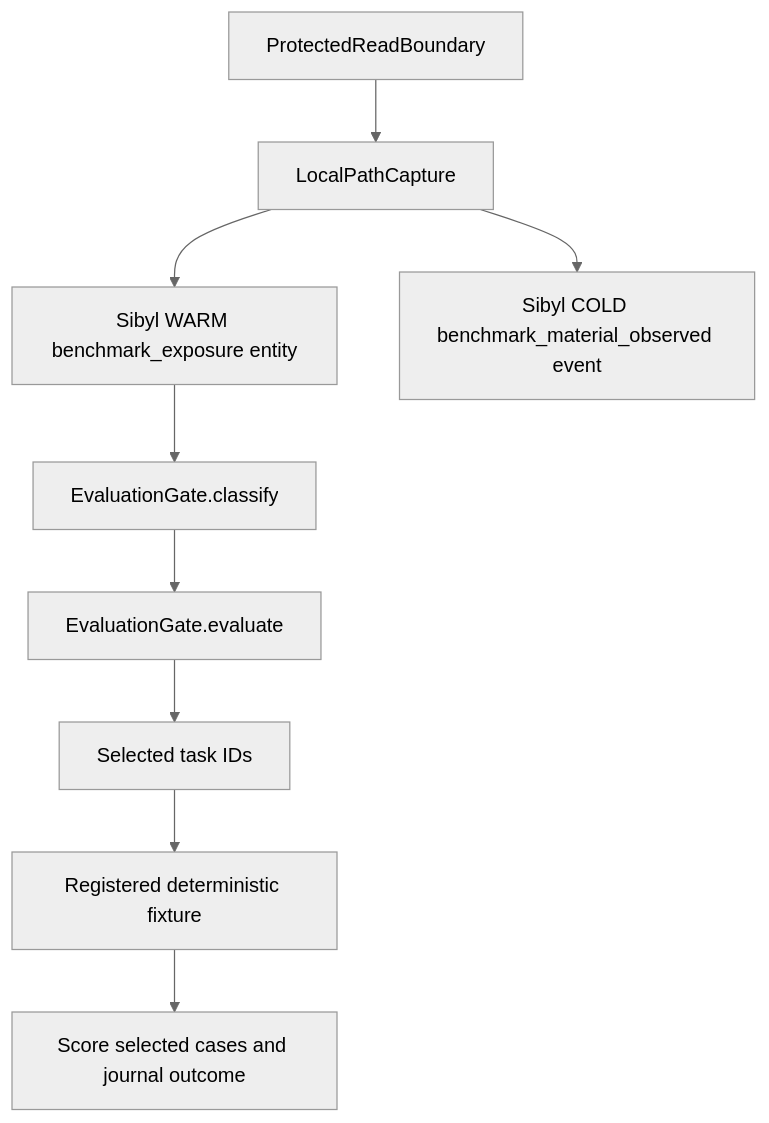
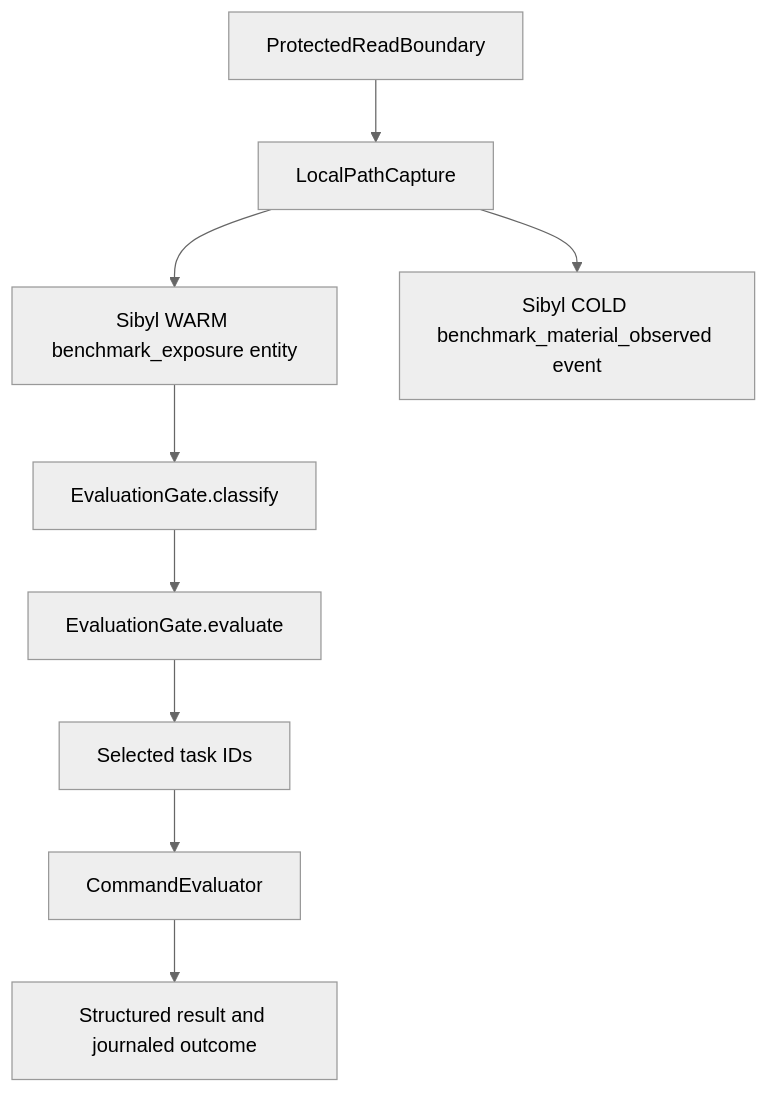
Before and after one commit to CryptoZephyr/Skepis: the second of 2 diagrams in README.md, drawn with Mermaid (neutral theme). The commit also changed other lines of this file and 12 other files, not shown here.

````diff
--- a/README.md
+++ b/README.md
@@ -74,11 +84,11 @@
 ```mermaid
 flowchart TB
     ReadBoundary["ProtectedReadBoundary"] --> Adapter["LocalPathCapture"]
     Adapter --> Warm["Sibyl WARM benchmark_exposure entity"]
     Adapter --> Cold["Sibyl COLD benchmark_material_observed event"]
     Warm --> Classify["EvaluationGate.classify"]
     Classify --> Policy["EvaluationGate.evaluate"]
     Policy --> Selected["Selected task IDs"]
-    Selected --> Fixture["Registered deterministic fixture"]
-    Fixture --> Score["Score selected cases and journal outcome"]
+    Selected --> Evaluator["CommandEvaluator"]
+    Evaluator --> Result["Structured result and journaled outcome"]
 ```
````
